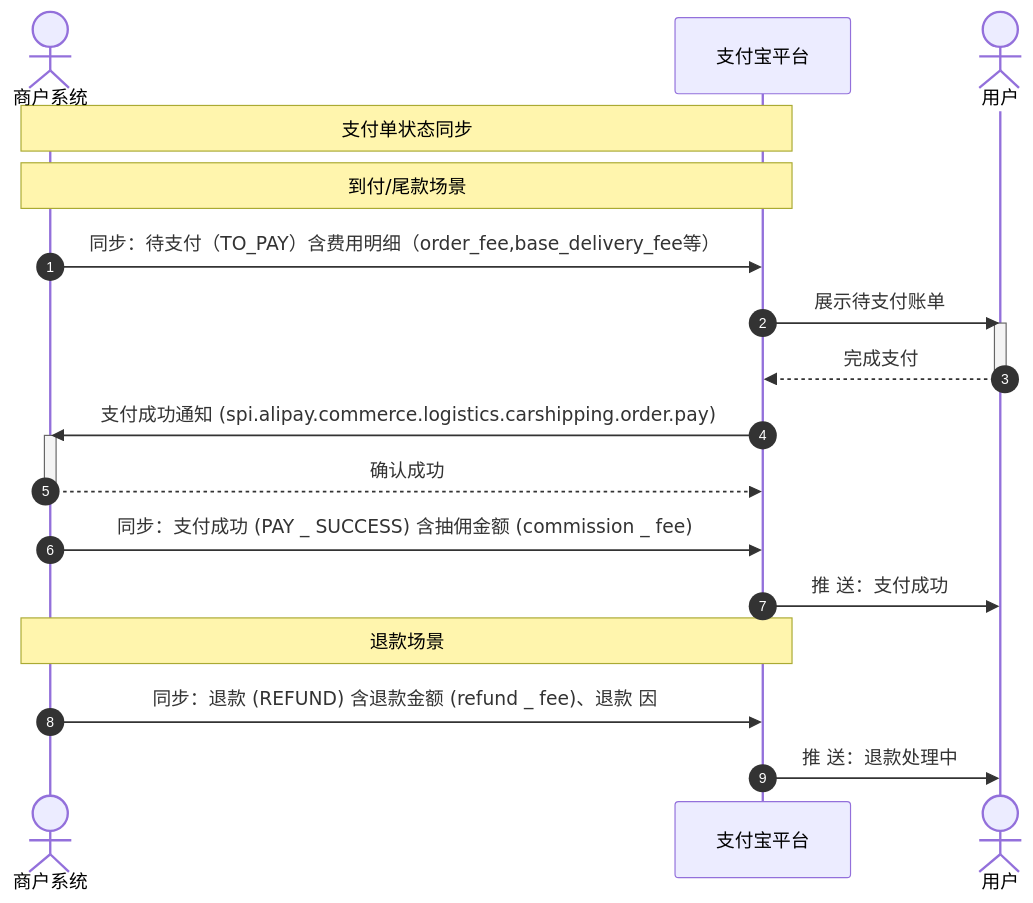
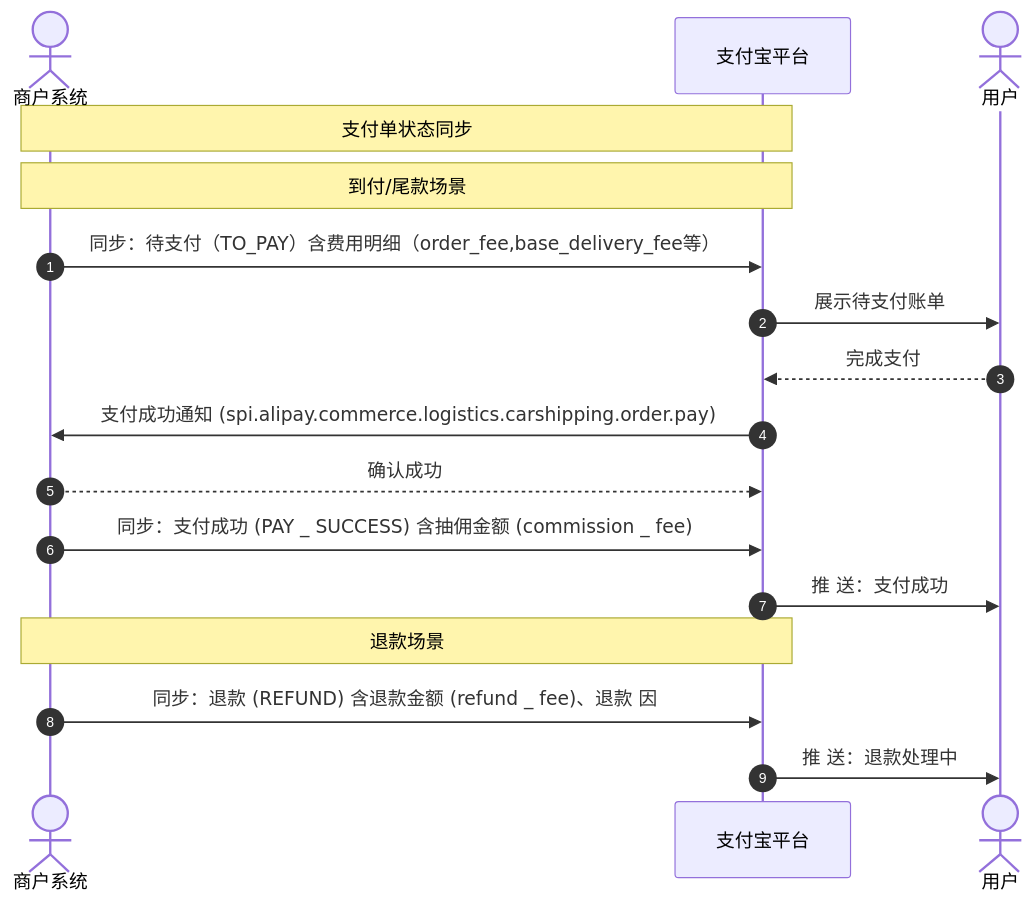
The diagram in notes/支付单状态同步时序_b3042cb3-08c1-43b5-b440-32d3f6443821.md (pingpm/mermaid_vault), drawn with Mermaid before and after one commit. The commit also changed 2 other files, not shown here.

Commit message:
Sync Mermaid Studio data (11 diagrams)

````diff
--- a/notes/支付单状态同步时序_b3042cb3-08c1-43b5-b440-32d3f6443821.md
+++ b/notes/支付单状态同步时序_b3042cb3-08c1-43b5-b440-32d3f6443821.md
@@ -3,24 +3,20 @@
 ```mermaid
 sequenceDiagram
   autonumber
   actor p0 as 商户系统
   participant p1 as ⽀付宝平台
   actor p2 as 用户
   Note over p0,p1: ⽀付单状态同步
   Note over p0,p1: 到付/尾款场景
   p0->>p1: 同步：待支付（TO_PAY）含费用明细（order_fee,base_delivery_fee等）
   p1->>p2: 展示待⽀付账单
-  activate p2
   p2-->>p1: 完成⽀付
-  deactivate p2
   p1->>p0: ⽀付成功通知 (spi.alipay.commerce.logistics.carshipping.order.pay)
-  activate p0
   p0-->>p1: 确认成功
-  deactivate p0
   p0->>p1: 同步：⽀付成功 (PAY _ SUCCESS) 含抽佣⾦额 (commission _ fee)
   p1->>p2: 推 送：⽀付成功
   Note over p0,p1: 退款场景
   p0->>p1: 同步：退款 (REFUND) 含退款⾦额 (refund _ fee)、退款 因
   p1->>p2: 推 送：退款处理中
 
 ```
````
